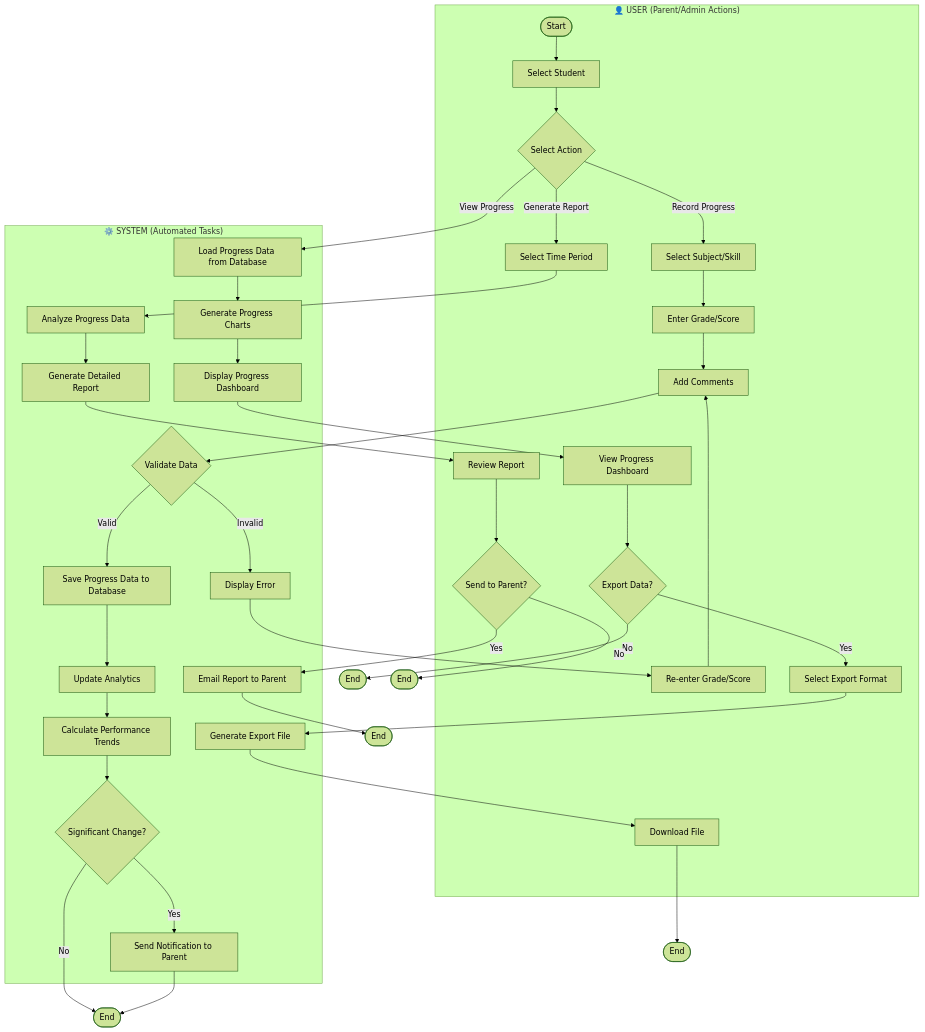
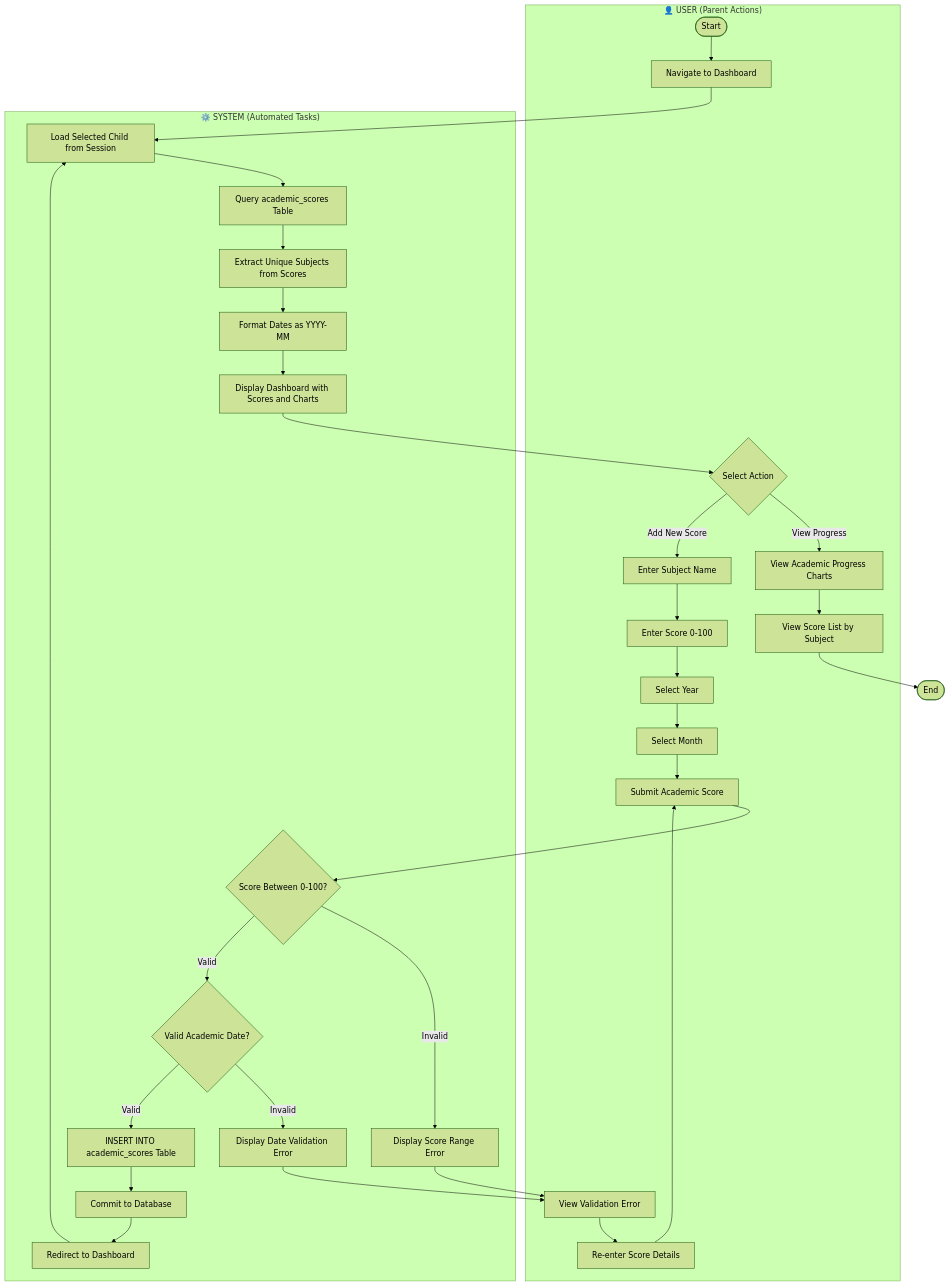
The ninth of 18 diagrams in diagrams.md (TongYwen/childfyp5), drawn with Mermaid (forest theme) before and after one commit. The commit also changed other lines of this file, not shown here.

First line of the commit message:
Update activity diagrams (4.2.1-4.2.4) to accurately reflect system code implementation

````diff
--- a/diagrams.md
+++ b/diagrams.md
@@ -418,74 +421,64 @@
 ```mermaid
 flowchart TD
-    subgraph User["👤 USER (Parent/Admin Actions)"]
+    subgraph User["👤 USER (Parent Actions)"]
         Start([Start])
-        SelectStudent[Select Student]
-        SelectAction{Select Action}
-        SelectSubject[Select Subject/Skill]
-        EnterGrade[Enter Grade/Score]
-        AddComments[Add Comments]
-        ReEnterGrade[Re-enter Grade/Score]
-        ViewProgress[View Progress Dashboard]
-        ExportOption{Export Data?}
-        SelectFormat[Select Export Format]
-        DownloadFile[Download File]
-        SelectPeriod[Select Time Period]
-        ReviewReport[Review Report]
-        SendReport{Send to Parent?}
+        Navigate[Navigate to Dashboard]
+        ViewAction{Select Action}
+        EnterSubject[Enter Subject Name]
+        EnterScore[Enter Score 0-100]
+        SelectYear[Select Year]
+        SelectMonth[Select Month]
+        SubmitScore[Submit Academic Score]
+        ViewError[View Validation Error]
+        ReEnter[Re-enter Score Details]
+        ViewChart[View Academic Progress Charts]
+        ViewScores[View Score List by Subject]
     end
 
     subgraph System["⚙️ SYSTEM (Automated Tasks)"]
-        ValidateData{Validate Data}
-        ShowError1[Display Error]
-        SaveProgress[Save Progress Data to Database]
-        UpdateAnalytics[Update Analytics]
-        CalculateTrends[Calculate Performance Trends]
-        CheckSignificant{Significant Change?}
-        NotifyParent1[Send Notification to Parent]
-        LoadProgressData[Load Progress Data from Database]
-        GenerateCharts[Generate Progress Charts]
-        DisplayProgress[Display Progress Dashboard]
-        GenerateExport[Generate Export File]
-        AnalyzeData[Analyze Progress Data]
-        GenerateReport[Generate Detailed Report]
-        EmailReport[Email Report to Parent]
+        LoadChild[Load Selected Child from Session]
+        QueryScores[Query academic_scores Table]
+        ExtractSubjects[Extract Unique Subjects from Scores]
+        FormatDates[Format Dates as YYYY-MM]
+        DisplayDashboard[Display Dashboard with Scores and Charts]
+        ValidateScore{Score Between 0-100?}
+        ShowScoreError[Display Score Range Error]
+        ValidateDate{Valid Academic Date?}
+        ShowDateError[Display Date Validation Error]
+        InsertScore[INSERT INTO academic_scores Table]
+        CommitDB[Commit to Database]
+        Redirect[Redirect to Dashboard]
     end
 
-    Start --> SelectStudent
-    SelectStudent --> SelectAction
+    Start --> Navigate
+    Navigate --> LoadChild
+    LoadChild --> QueryScores
+    QueryScores --> ExtractSubjects
+    ExtractSubjects --> FormatDates
+    FormatDates --> DisplayDashboard
+    DisplayDashboard --> ViewAction
 
-    SelectAction -->|Record Progress| SelectSubject
-    SelectSubject --> EnterGrade
-    EnterGrade --> AddComments
-    AddComments --> ValidateData
-    ValidateData -->|Invalid| ShowError1
-    ShowError1 --> ReEnterGrade
-    ReEnterGrade --> AddComments
-    ValidateData -->|Valid| SaveProgress
-    SaveProgress --> UpdateAnalytics
-    UpdateAnalytics --> CalculateTrends
-    CalculateTrends --> CheckSignificant
-    CheckSignificant -->|Yes| NotifyParent1
-    CheckSignificant -->|No| End1([End])
-    NotifyParent1 --> End1
+    ViewAction -->|View Progress| ViewChart
+    ViewChart --> ViewScores
+    ViewScores --> End1([End])
 
-    SelectAction -->|View Progress| LoadProgressData
-    LoadProgressData --> GenerateCharts
-    GenerateCharts --> DisplayProgress
-    DisplayProgress --> ViewProgress
-    ViewProgress --> ExportOption
-    ExportOption -->|Yes| SelectFormat
-    SelectFormat --> GenerateExport
-    GenerateExport --> DownloadFile
-    DownloadFile --> End2([End])
-    ExportOption -->|No| End3([End])
+    ViewAction -->|Add New Score| EnterSubject
+    EnterSubject --> EnterScore
+    EnterScore --> SelectYear
+    SelectYear --> SelectMonth
+    SelectMonth --> SubmitScore
+    SubmitScore --> ValidateScore
+    ValidateScore -->|Invalid| ShowScoreError
+    ShowScoreError --> ViewError
+    ViewError --> ReEnter
+    ReEnter --> SubmitScore
 
-    SelectAction -->|Generate Report| SelectPeriod
-    SelectPeriod --> AnalyzeData
-    AnalyzeData --> GenerateReport
-    GenerateReport --> ReviewReport
-    ReviewReport --> SendReport
-    SendReport -->|Yes| EmailReport
-    EmailReport --> End4([End])
-    SendReport -->|No| End5([End])
+    ValidateScore -->|Valid| ValidateDate
+    ValidateDate -->|Invalid| ShowDateError
+    ShowDateError --> ViewError
+
+    ValidateDate -->|Valid| InsertScore
+    InsertScore --> CommitDB
+    CommitDB --> Redirect
+    Redirect --> LoadChild
 ```
````
